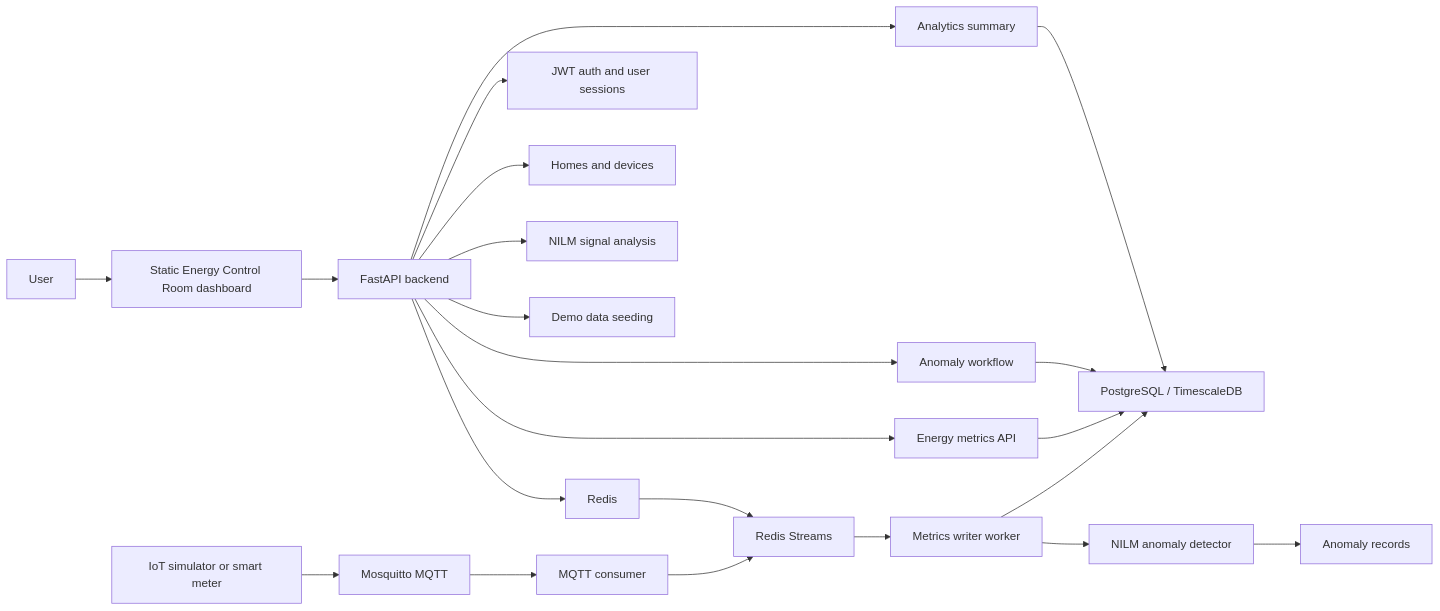
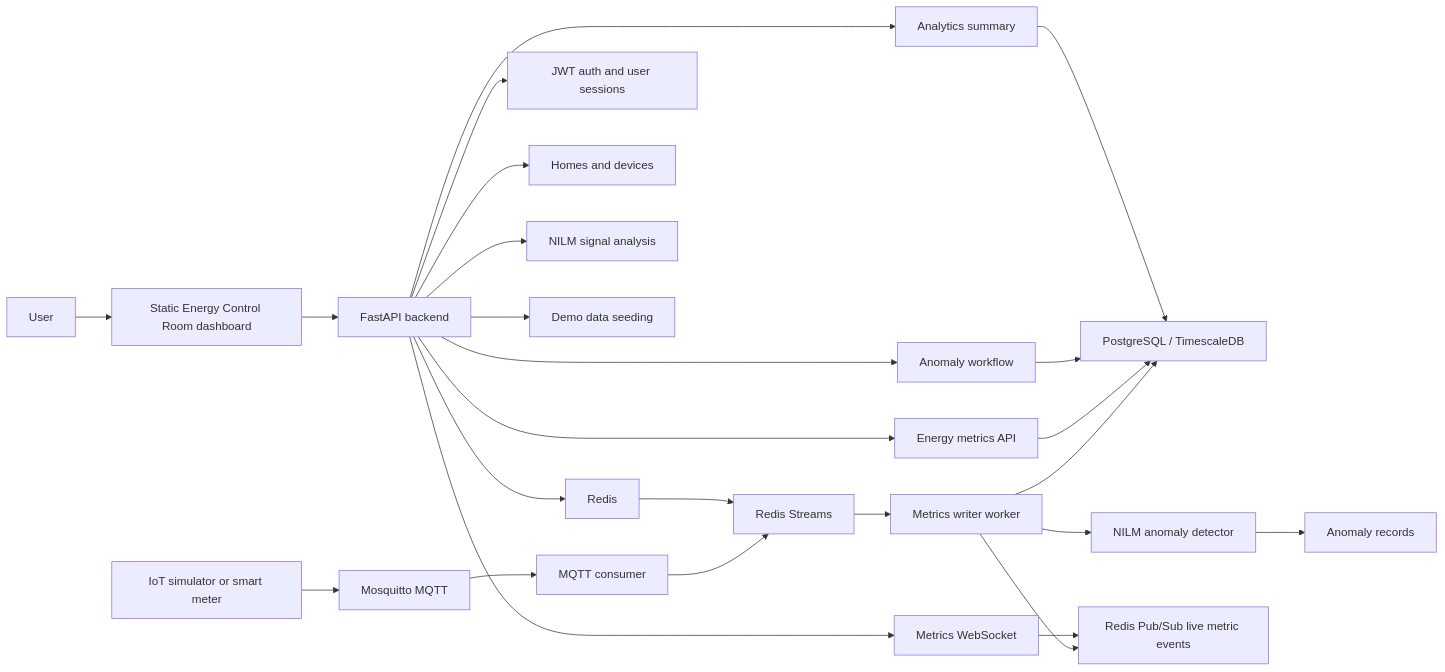
Before and after one commit to bondikk/nilm-energy-analytics-platform: the diagram in README.md, drawn with Mermaid. The commit also changed other lines of this file and 11 other files, not shown here.

````diff
--- a/README.md
+++ b/README.md
@@ -61,25 +62,28 @@
 ```mermaid
 flowchart LR
   Simulator["IoT simulator or smart meter"] --> MQTT["Mosquitto MQTT"]
   MQTT --> Consumer["MQTT consumer"]
   Consumer --> Stream["Redis Streams"]
   Stream --> Writer["Metrics writer worker"]
   Writer --> DB["PostgreSQL / TimescaleDB"]
   Writer --> Detector["NILM anomaly detector"]
   Detector --> AnomaliesDB["Anomaly records"]
+  Writer --> LiveBus["Redis Pub/Sub live metric events"]
 
   User["User"] --> Frontend["Static Energy Control Room dashboard"]
   Frontend --> API["FastAPI backend"]
+  API --> WS["Metrics WebSocket"]
+  WS --> LiveBus
   API --> Auth["JWT auth and user sessions"]
   API --> Homes["Homes and devices"]
   API --> Metrics["Energy metrics API"]
   API --> Anomalies["Anomaly workflow"]
   API --> Analytics["Analytics summary"]
   API --> NILM["NILM signal analysis"]
   API --> Demo["Demo data seeding"]
   Metrics --> DB
   Anomalies --> DB
   Analytics --> DB
   API --> Redis["Redis"]
   Redis --> Stream
 ```
````
